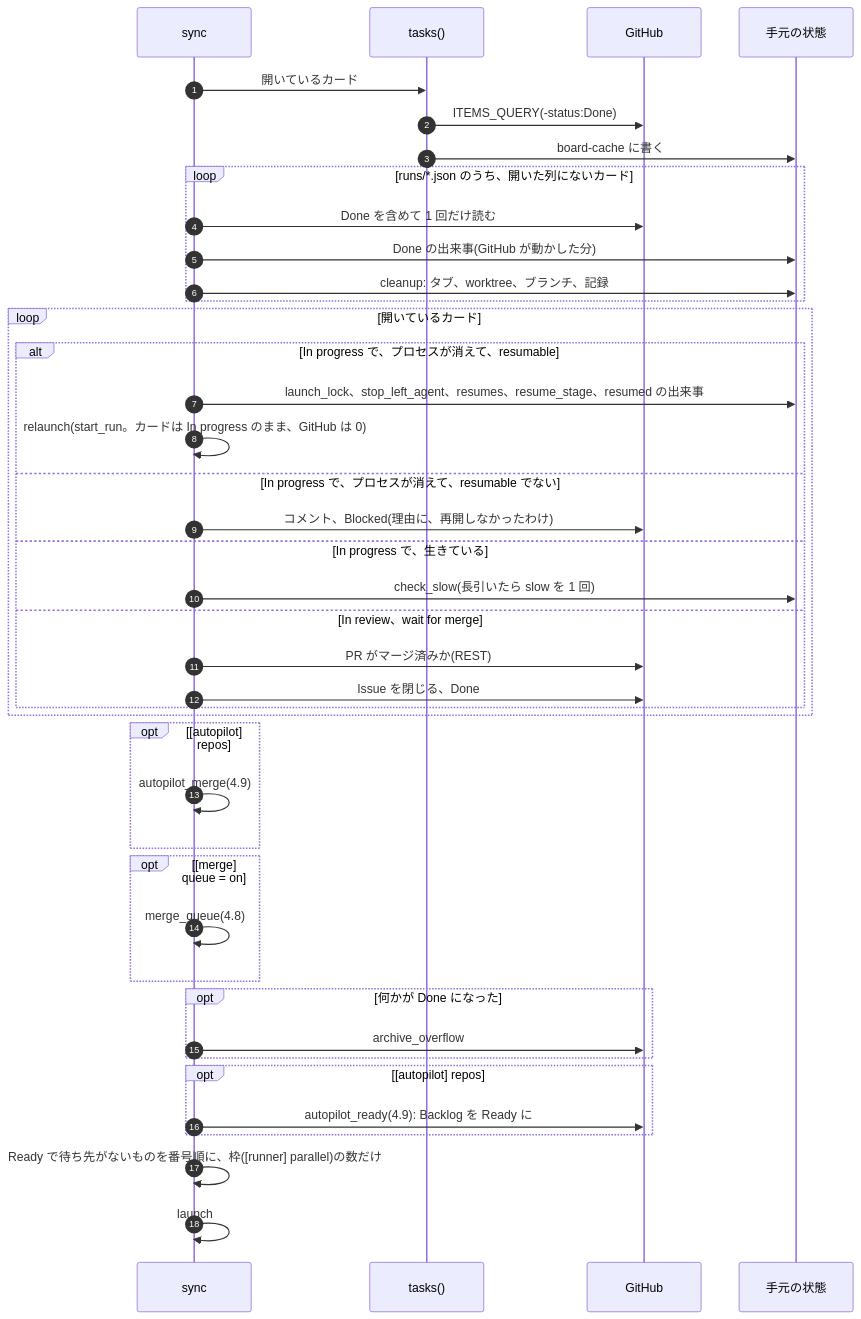
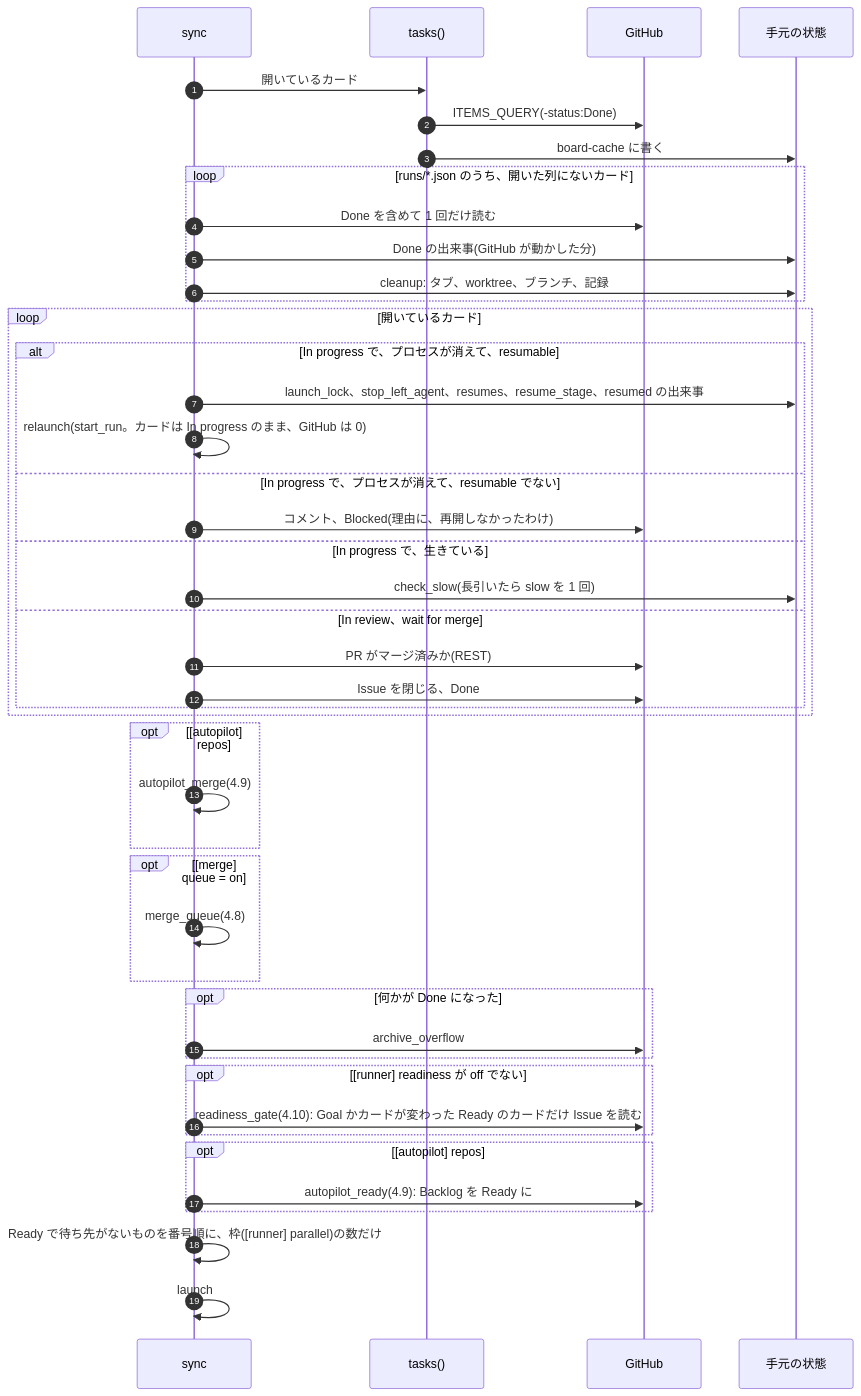
The fourth of 10 diagrams in docs/architecture/lld.md (jyoka/task-hub), drawn with Mermaid before and after one commit. The commit also changed other lines of this file and 11 other files, not shown here.

Commit message:
task 252: EGM (1/3): Goldfish Readiness gate — Ready の前に Goal を zero-context で GO/NO-GO 判定する

````diff
--- a/docs/architecture/lld.md
+++ b/docs/architecture/lld.md
@@ -220,43 +226,46 @@
 ```mermaid
 sequenceDiagram
     autonumber
     participant S as sync
     participant B as tasks()
     participant GH as GitHub
     participant L as 手元の状態
     S->>B: 開いているカード
     B->>GH: ITEMS_QUERY(-status:Done)
     B->>L: board-cache に書く
     loop runs/*.json のうち、開いた列にないカード
         S->>GH: Done を含めて 1 回だけ読む
         S->>L: Done の出来事(GitHub が動かした分)
         S->>L: cleanup: タブ、worktree、ブランチ、記録
     end
     loop 開いているカード
         alt In progress で、プロセスが消えて、resumable
             S->>L: launch_lock、stop_left_agent、resumes、resume_stage、resumed の出来事
             S->>S: relaunch(start_run。カードは In progress のまま、GitHub は 0)
         else In progress で、プロセスが消えて、resumable でない
             S->>GH: コメント、Blocked(理由に、再開しなかったわけ)
         else In progress で、生きている
             S->>L: check_slow(長引いたら slow を 1 回)
         else In review、wait for merge
             S->>GH: PR がマージ済みか(REST)
             S->>GH: Issue を閉じる、Done
         end
     end
     opt [autopilot] repos
         S->>S: autopilot_merge(4.9)
     end
     opt [merge] queue = on
         S->>S: merge_queue(4.8)
     end
     opt 何かが Done になった
         S->>GH: archive_overflow
     end
+    opt [runner] readiness が off でない
+        S->>GH: readiness_gate(4.10): Goal かカードが変わった Ready のカードだけ Issue を読む
+    end
     opt [autopilot] repos
         S->>GH: autopilot_ready(4.9): Backlog を Ready に
     end
     S->>S: Ready で待ち先がないものを番号順に、枠([runner] parallel)の数だけ
     S->>S: launch
 ```
````
